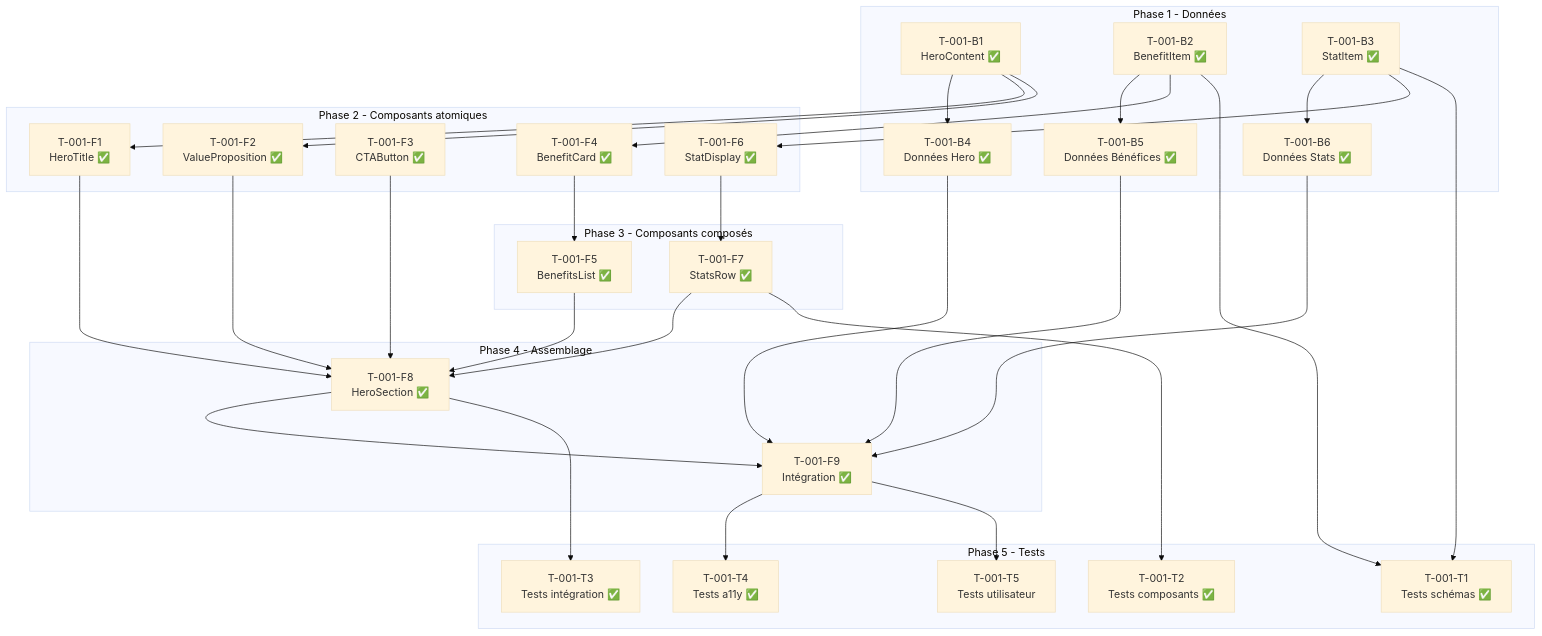
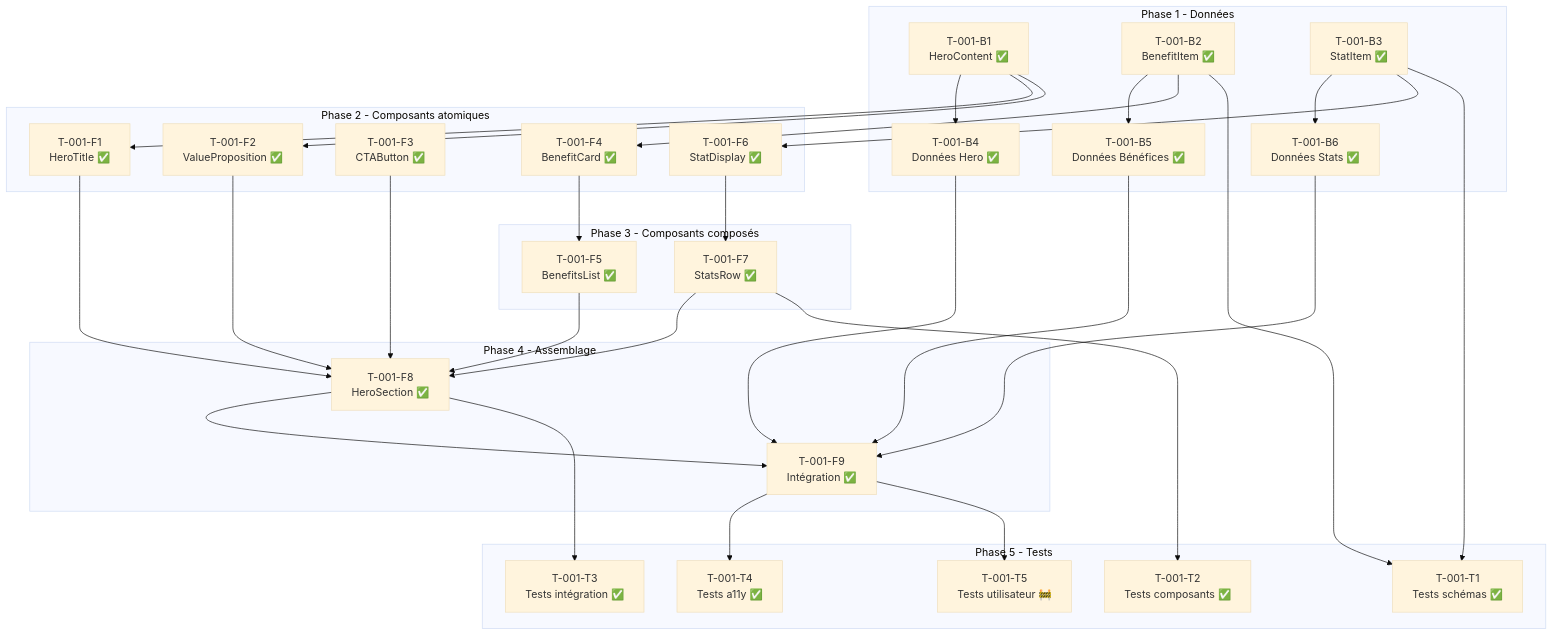
One commit to everssteeve/AIADwebsite changed the diagram in docs/specs/US-001/spec.md. Above: the diagram before and after it, drawn with Mermaid (base theme). The commit also changed other lines of this file and 6 other files, not shown here.

````diff
--- a/docs/specs/US-001/spec.md
+++ b/docs/specs/US-001/spec.md
@@ -105,66 +105,66 @@
 ```mermaid
 graph TD
     subgraph "Phase 1 - Données"
         B1[T-001-B1<br/>HeroContent ✅]
         B2[T-001-B2<br/>BenefitItem ✅]
         B3[T-001-B3<br/>StatItem ✅]
         B4[T-001-B4<br/>Données Hero ✅]
         B5[T-001-B5<br/>Données Bénéfices ✅]
         B6[T-001-B6<br/>Données Stats ✅]
     end
 
     subgraph "Phase 2 - Composants atomiques"
         F1[T-001-F1<br/>HeroTitle ✅]
         F2[T-001-F2<br/>ValueProposition ✅]
         F3[T-001-F3<br/>CTAButton ✅]
         F4[T-001-F4<br/>BenefitCard ✅]
         F6[T-001-F6<br/>StatDisplay ✅]
     end
 
     subgraph "Phase 3 - Composants composés"
         F5[T-001-F5<br/>BenefitsList ✅]
         F7[T-001-F7<br/>StatsRow ✅]
     end
 
     subgraph "Phase 4 - Assemblage"
         F8[T-001-F8<br/>HeroSection ✅]
         F9[T-001-F9<br/>Intégration ✅]
     end
 
     subgraph "Phase 5 - Tests"
         T1[T-001-T1<br/>Tests schémas ✅]
         T2[T-001-T2<br/>Tests composants ✅]
         T3[T-001-T3<br/>Tests intégration ✅]
         T4[T-001-T4<br/>Tests a11y ✅]
-        T5[T-001-T5<br/>Tests utilisateur]
+        T5[T-001-T5<br/>Tests utilisateur 🚧]
     end
 
     B1 --> B4
     B1 --> F1
     B1 --> F2
     B2 --> B5
     B2 --> F4
     B3 --> B6
     B3 --> F6
 
     F4 --> F5
     F6 --> F7
 
     F1 --> F8
     F2 --> F8
     F3 --> F8
     F5 --> F8
     F7 --> F8
 
     F8 --> F9
     B4 --> F9
     B5 --> F9
     B6 --> F9
 
     B2 --> T1
     B3 --> T1
     F7 --> T2
     F8 --> T3
     F9 --> T4
     F9 --> T5
 ```
````
